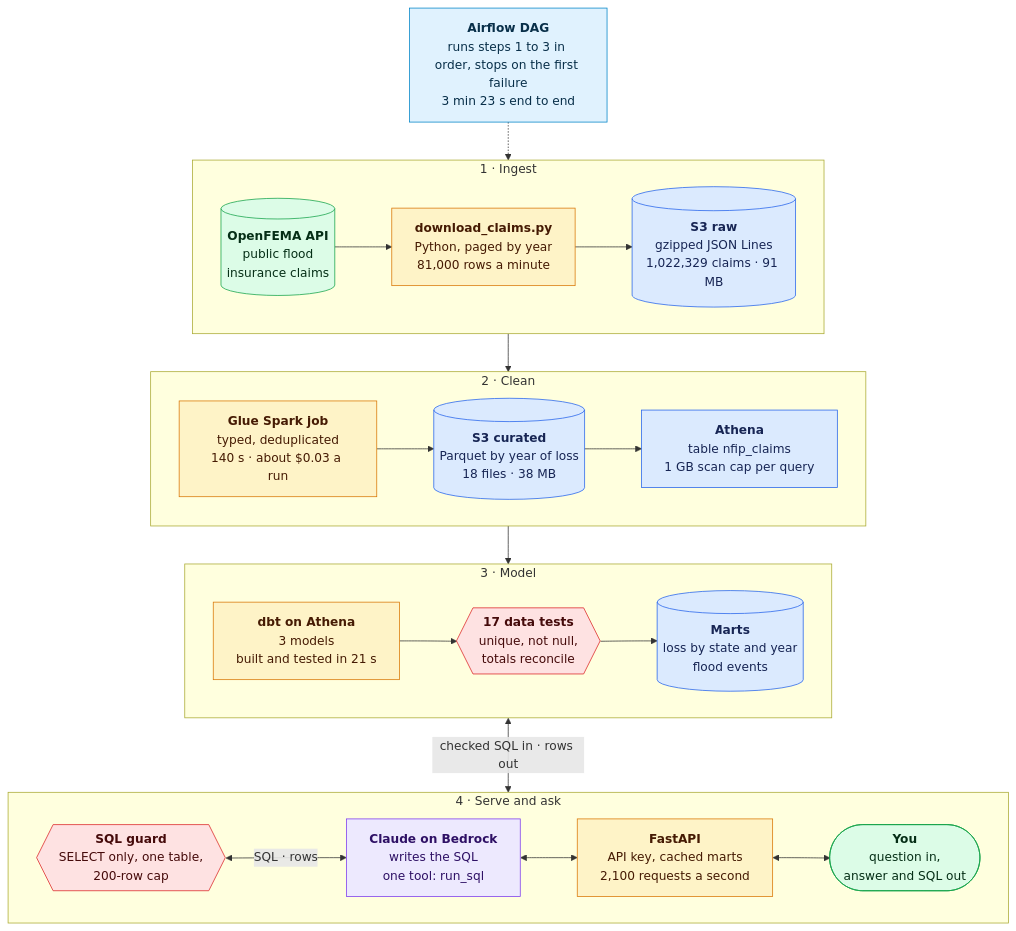
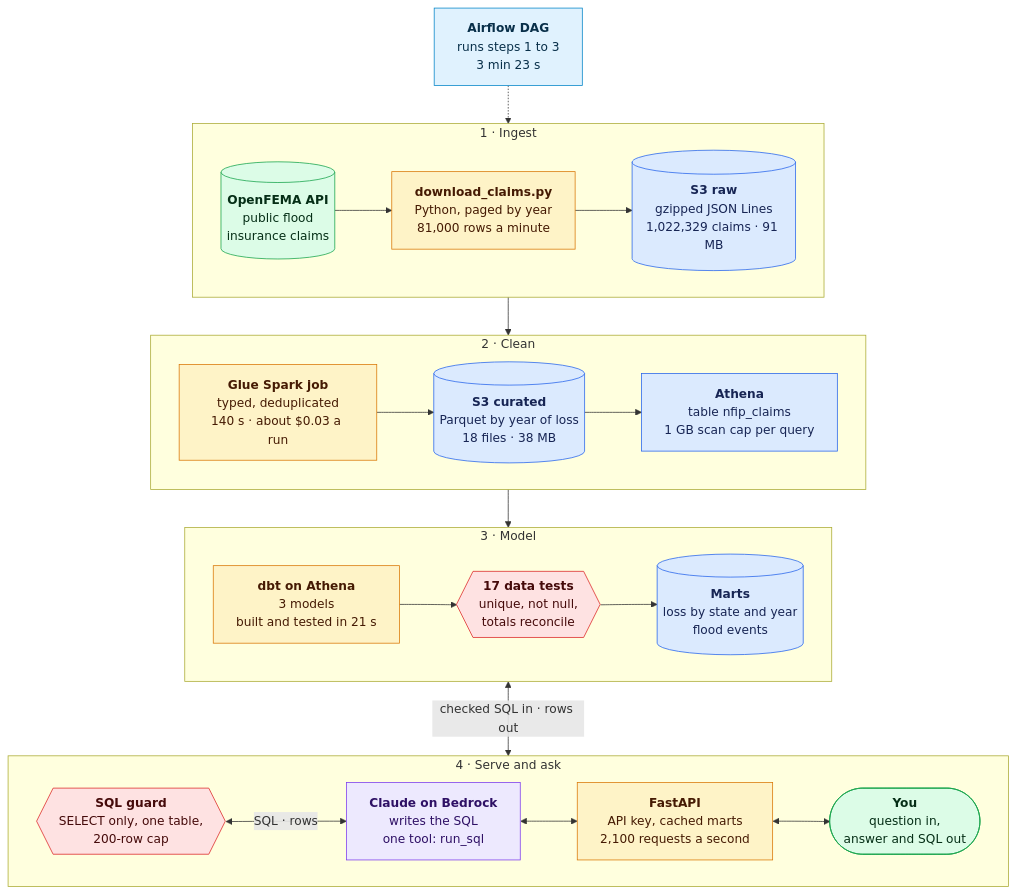
Before and after one commit to byambaa1982/flood-claims-lakehouse: the first of 2 diagrams in README.md, drawn with Mermaid. The commit also changed other lines of this file, not shown here.

Commit message:
README: keep stack labels on one line and shorten the Airflow node

````diff
--- a/README.md
+++ b/README.md
@@ -51,58 +51,58 @@
 ```mermaid
 flowchart TB
-    air["<b>Airflow DAG</b><br/>runs steps 1 to 3 in order, stops on the first failure<br/>3 min 23 s end to end"]
+    air["<b>Airflow DAG</b><br/>runs steps 1 to 3<br/>3 min 23 s"]
 
     subgraph r1["1 · Ingest"]
         direction LR
         api[("<b>OpenFEMA API</b><br/>public flood<br/>insurance claims")]
         dl["<b>download_claims.py</b><br/>Python, paged by year<br/>81,000 rows a minute"]
         raw[("<b>S3 raw</b><br/>gzipped JSON Lines<br/>1,022,329 claims · 91 MB")]
         api --> dl --> raw
     end
 
     subgraph r2["2 · Clean"]
         direction LR
         glue["<b>Glue Spark job</b><br/>typed, deduplicated<br/>140 s · about $0.03 a run"]
         cur[("<b>S3 curated</b><br/>Parquet by year of loss<br/>18 files · 38 MB")]
         ath["<b>Athena</b><br/>table nfip_claims<br/>1 GB scan cap per query"]
         glue --> cur --> ath
     end
 
     subgraph r3["3 · Model"]
         direction LR
         dbt["<b>dbt on Athena</b><br/>3 models<br/>built and tested in 21 s"]
         tests{{"<b>17 data tests</b><br/>unique, not null,<br/>totals reconcile"}}
         marts[("<b>Marts</b><br/>loss by state and year<br/>flood events")]
         dbt --> tests --> marts
     end
 
     subgraph r4["4 · Serve and ask"]
         direction LR
         guard{{"<b>SQL guard</b><br/>SELECT only, one table,<br/>200-row cap"}}
         agent["<b>Claude on Bedrock</b><br/>writes the SQL<br/>one tool: run_sql"]
         fast["<b>FastAPI</b><br/>API key, cached marts<br/>2,100 requests a second"]
         you(["<b>You</b><br/>question in,<br/>answer and SQL out"])
         guard <-- "SQL · rows" --> agent
         agent <--> fast
         fast <--> you
     end
 
     air -.-> r1
     r1 --> r2
     r2 --> r3
     r3 <-- "checked SQL in · rows out" --> r4
 
     classDef source fill:#dcfce7,stroke:#16a34a,color:#052e16
     classDef compute fill:#fef3c7,stroke:#d97706,color:#451a03
     classDef store fill:#dbeafe,stroke:#2563eb,color:#172554
     classDef ai fill:#ede9fe,stroke:#7c3aed,color:#2e1065
     classDef guardrail fill:#fee2e2,stroke:#dc2626,color:#450a0a
     classDef orchestrate fill:#e0f2fe,stroke:#0284c7,color:#082f49
 
     class api,you source
     class dl,glue,dbt,fast compute
     class raw,cur,ath,marts store
     class agent ai
     class guard,tests guardrail
     class air orchestrate
 ```
````
